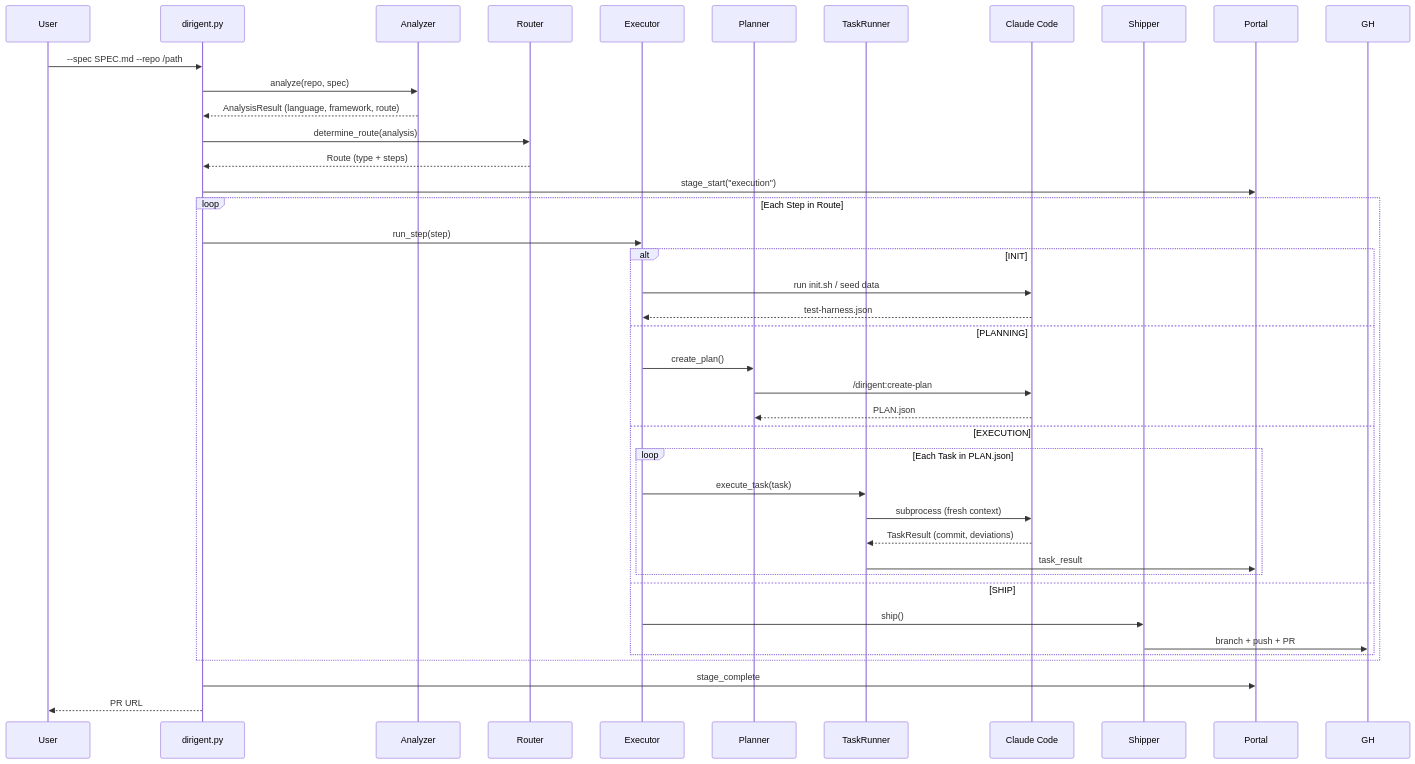
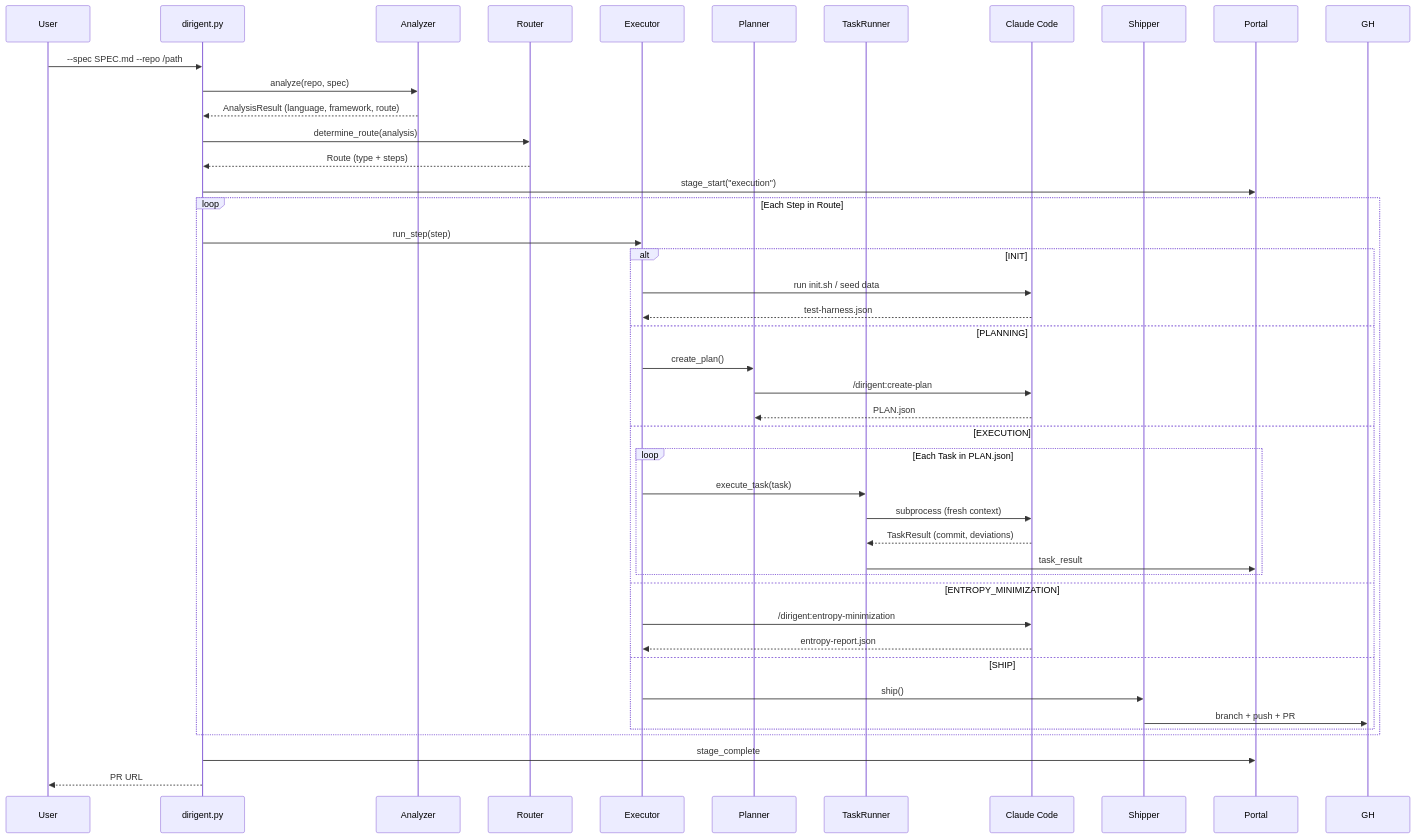
One commit to BIDEquity/outbid-dirigent changed the second of 7 diagrams in ARCHITECTURE.md. Above: the diagram before and after it, drawn with Mermaid. The commit also changed other lines of this file and 11 other files, not shown here.

First line of the commit message:
feat: add entropy minimization step to all routes

````diff
--- a/ARCHITECTURE.md
+++ b/ARCHITECTURE.md
@@ -32,46 +32,49 @@
 ```mermaid
 sequenceDiagram
     participant User
     participant Dirigent as dirigent.py
     participant Analyzer
     participant Router
     participant Executor
     participant Planner
     participant TaskRunner
     participant CC as Claude Code
     participant Shipper
     participant Portal
 
     User->>Dirigent: --spec SPEC.md --repo /path
     Dirigent->>Analyzer: analyze(repo, spec)
     Analyzer-->>Dirigent: AnalysisResult (language, framework, route)
     Dirigent->>Router: determine_route(analysis)
     Router-->>Dirigent: Route (type + steps)
     Dirigent->>Portal: stage_start("execution")
 
     loop Each Step in Route
         Dirigent->>Executor: run_step(step)
 
         alt INIT
             Executor->>CC: run init.sh / seed data
             CC-->>Executor: test-harness.json
         else PLANNING
             Executor->>Planner: create_plan()
             Planner->>CC: /dirigent:create-plan
             CC-->>Planner: PLAN.json
         else EXECUTION
             loop Each Task in PLAN.json
                 Executor->>TaskRunner: execute_task(task)
                 TaskRunner->>CC: subprocess (fresh context)
                 CC-->>TaskRunner: TaskResult (commit, deviations)
                 TaskRunner->>Portal: task_result
             end
+        else ENTROPY_MINIMIZATION
+            Executor->>CC: /dirigent:entropy-minimization
+            CC-->>Executor: entropy-report.json
         else SHIP
             Executor->>Shipper: ship()
             Shipper->>GH: branch + push + PR
         end
     end
 
     Dirigent->>Portal: stage_complete
     Dirigent-->>User: PR URL
 ```
````
